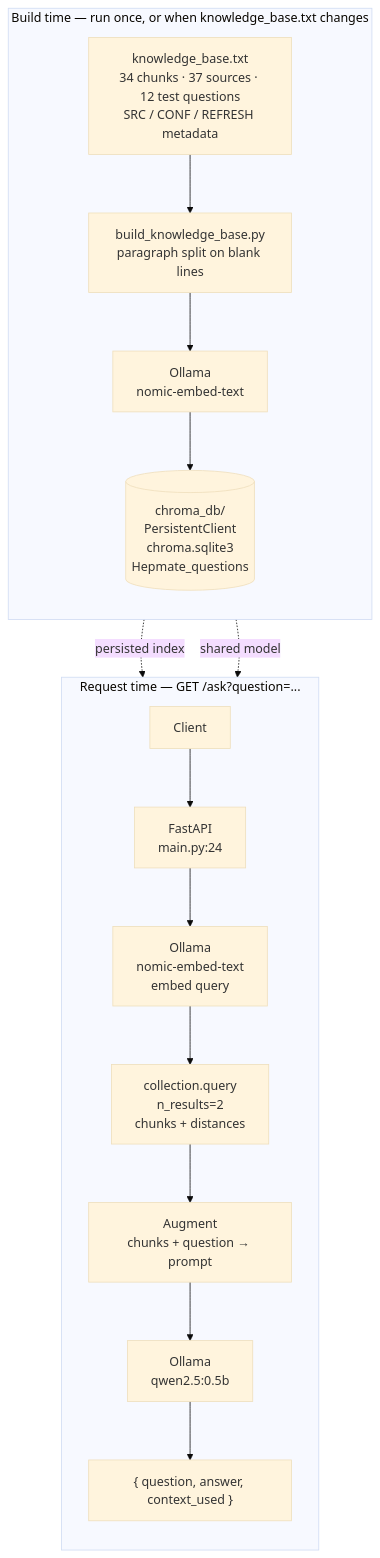
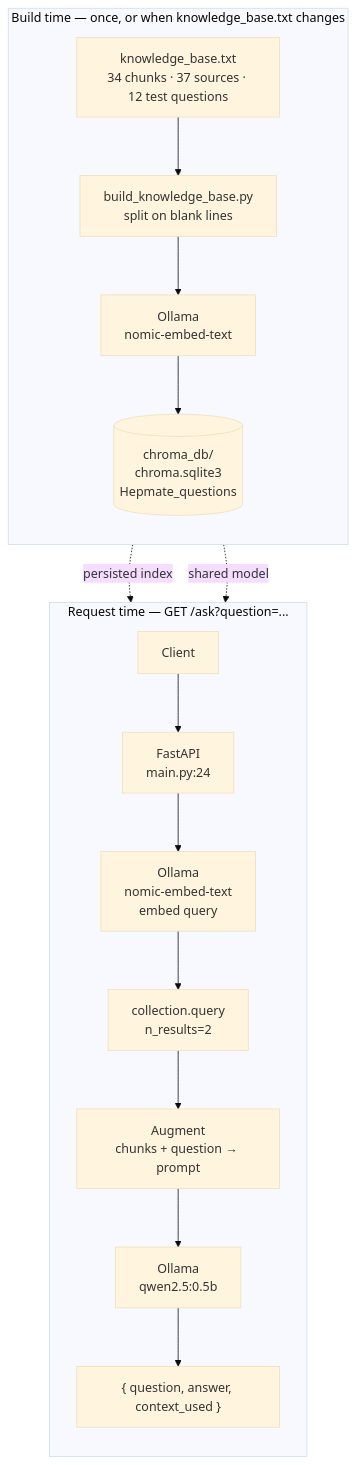
One commit to 1MAGNOVA/Fast_API_RAG_Hepmate changed the diagram in README.md. Above: the diagram before and after it, drawn with Mermaid (base theme). The commit also changed other lines of this file, not shown here.

````diff
--- a/README.md
+++ b/README.md
@@ -34,26 +13,26 @@
 ```mermaid
 flowchart TB
-    subgraph BUILD["Build time — run once, or when knowledge_base.txt changes"]
+    subgraph BUILD["Build time — once, or when knowledge_base.txt changes"]
         direction TB
-        KB["knowledge_base.txt<br/>34 chunks · 37 sources · 12 test questions<br/>SRC / CONF / REFRESH metadata"]
-        INGEST["build_knowledge_base.py<br/>paragraph split on blank lines"]
+        KB["knowledge_base.txt<br/>34 chunks · 37 sources · 12 test questions"]
+        INGEST["build_knowledge_base.py<br/>split on blank lines"]
         EMB1["Ollama<br/>nomic-embed-text"]
-        CHROMA[("chroma_db/<br/>PersistentClient<br/>chroma.sqlite3<br/>Hepmate_questions")]
+        CHROMA[("chroma_db/<br/>chroma.sqlite3<br/>Hepmate_questions")]
         KB --> INGEST --> EMB1 --> CHROMA
     end
 
     subgraph SERVE["Request time — GET /ask?question=..."]
         direction TB
         CLIENT["Client"]
         API["FastAPI<br/>main.py:24"]
         EMB2["Ollama<br/>nomic-embed-text<br/>embed query"]
-        RETRIEVE["collection.query<br/>n_results=2<br/>chunks + distances"]
+        RETRIEVE["collection.query<br/>n_results=2"]
         AUG["Augment<br/>chunks + question → prompt"]
         LLM["Ollama<br/>qwen2.5:0.5b"]
         RESP["{ question, answer, context_used }"]
         CLIENT --> API --> EMB2 --> RETRIEVE --> AUG --> LLM --> RESP
     end
 
     CHROMA -.->|"persisted index"| RETRIEVE
     EMB1 -.->|"shared model"| EMB2
 ```
````
